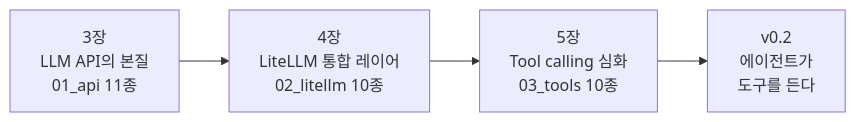
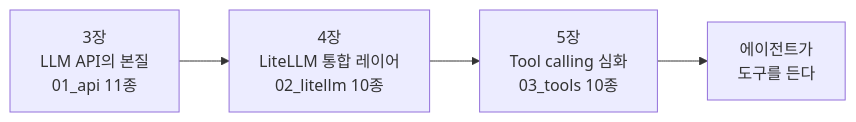
One commit to 2026-ai-service-engineering-a/ai_service_engineering-track_a changed the first of 7 diagrams in site/src/content/slides/ko/session-05/index.mdx. Above: the diagram before and after it, drawn with Mermaid. The commit also changed other lines of this file and 3 other files, not shown here.

````diff
--- a/site/src/content/slides/ko/session-05/index.mdx
+++ b/site/src/content/slides/ko/session-05/index.mdx
@@ -184,6 +149,6 @@
 ```mermaid
 flowchart LR
     A["3장<br/>LLM API의 본질<br/>01_api 11종"] --> B["4장<br/>LiteLLM 통합 레이어<br/>02_litellm 10종"]
     B --> C["5장<br/>Tool calling 심화<br/>03_tools 10종"]
-    C --> D["v0.2<br/>에이전트가<br/>도구를 든다"]
+    C --> D["에이전트가<br/>도구를 든다"]
 ```
````
